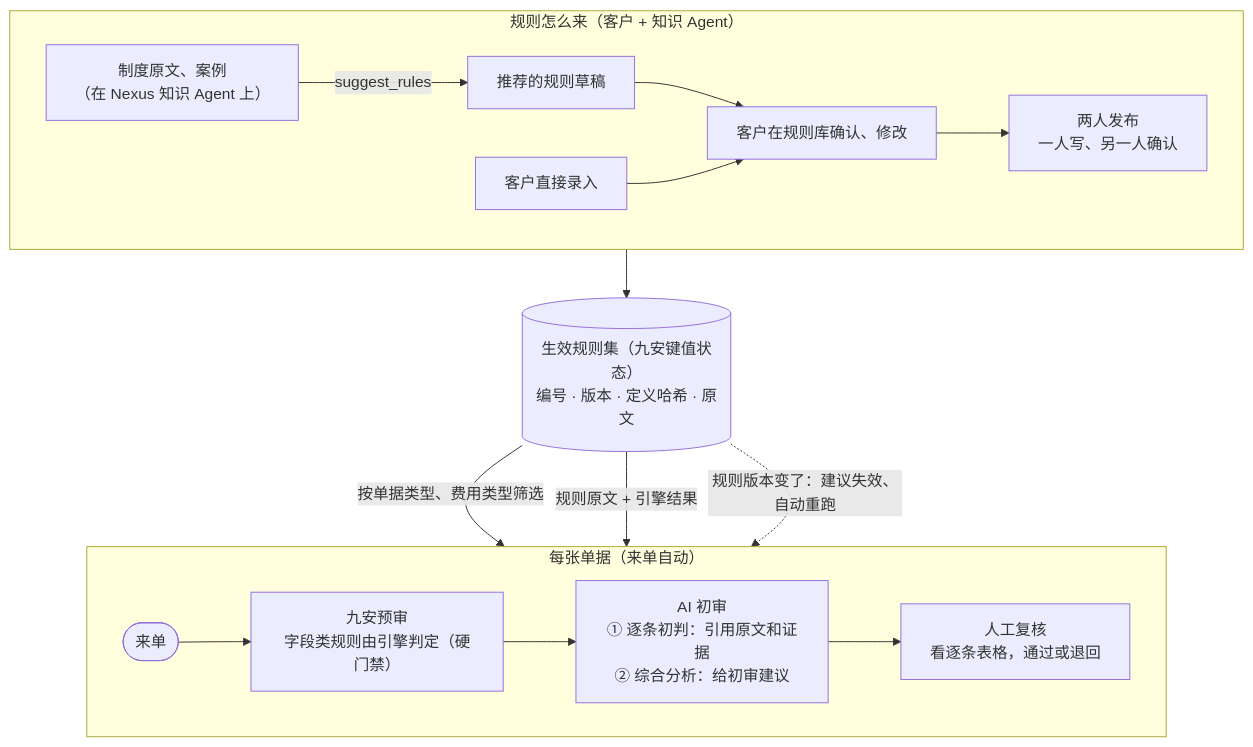
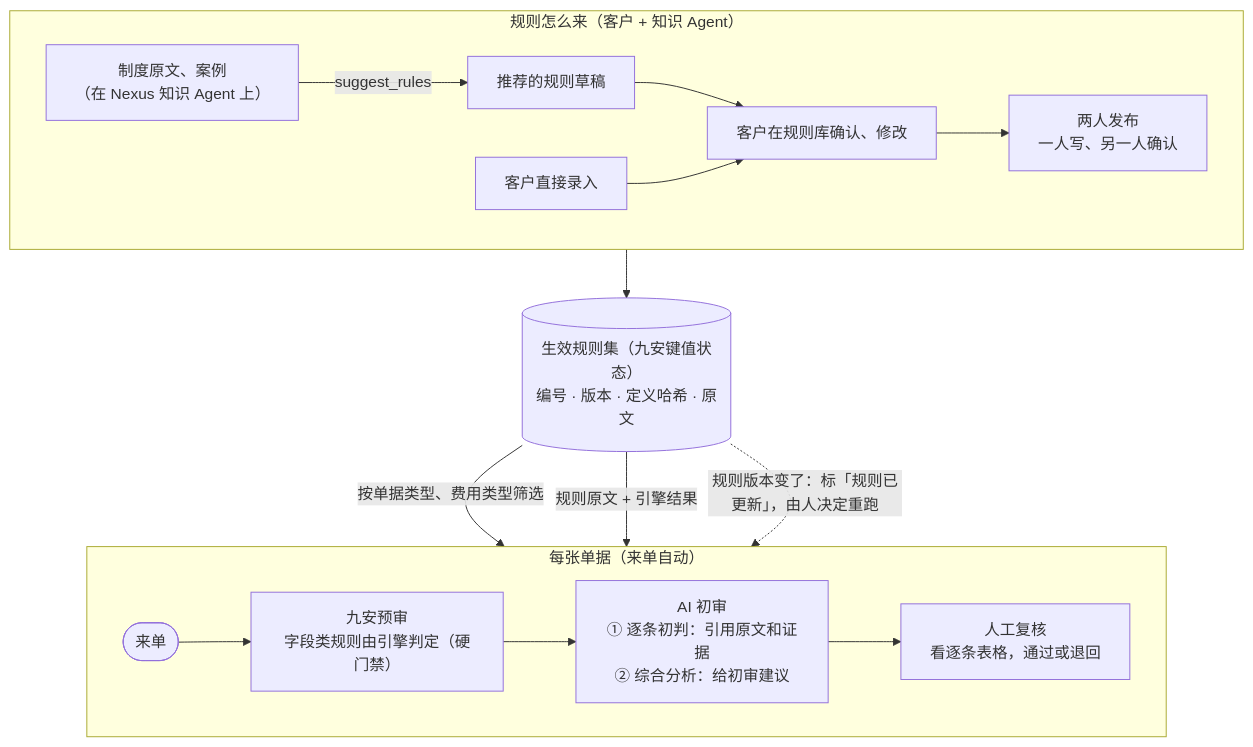
The diagram in docs/assets/diagrams/rules-target.mmd (LiboMa/nexus-jiuan-agent-framework-poc), drawn with Mermaid before and after one commit. The commit also changed 118 other files, not shown here.

```diff
--- a/docs/assets/diagrams/rules-target.mmd
+++ b/docs/assets/diagrams/rules-target.mmd
@@ -1,24 +1,24 @@
 flowchart TB
   subgraph author["规则怎么来（客户 + 知识 Agent）"]
     direction LR
     policy["制度原文、案例<br/>（在 Nexus 知识 Agent 上）"] -- suggest_rules --> suggest["推荐的规则草稿"]
     suggest --> edit["客户在规则库确认、修改"]
     manual["客户直接录入"] --> edit
     edit --> publish["两人发布<br/>一人写、另一人确认"]
   end
   ruleset[("生效规则集（九安键值状态）<br/>编号 · 版本 · 定义哈希 · 原文")]
   publish --> ruleset
   subgraph flow["每张单据（来单自动）"]
     direction LR
     arrive(["来单"]) --> pre["九安预审<br/>字段类规则由引擎判定（硬门禁）"]
     pre --> first["AI 初审<br/>① 逐条初判：引用原文和证据<br/>② 综合分析：给初审建议"]
     first --> review["人工复核<br/>看逐条表格，通过或退回"]
   end
   ruleset -- 按单据类型、费用类型筛选 --> pre
   ruleset -- 规则原文 + 引擎结果 --> first
-  ruleset -. 规则版本变了：建议失效、自动重跑 .-> first
+  ruleset -. 规则版本变了：标「规则已更新」，由人决定重跑 .-> first
   class policy,suggest nexus
   class edit,manual,publish poc
   class ruleset jiuan
   class arrive,pre,first poc
   class review good
```
